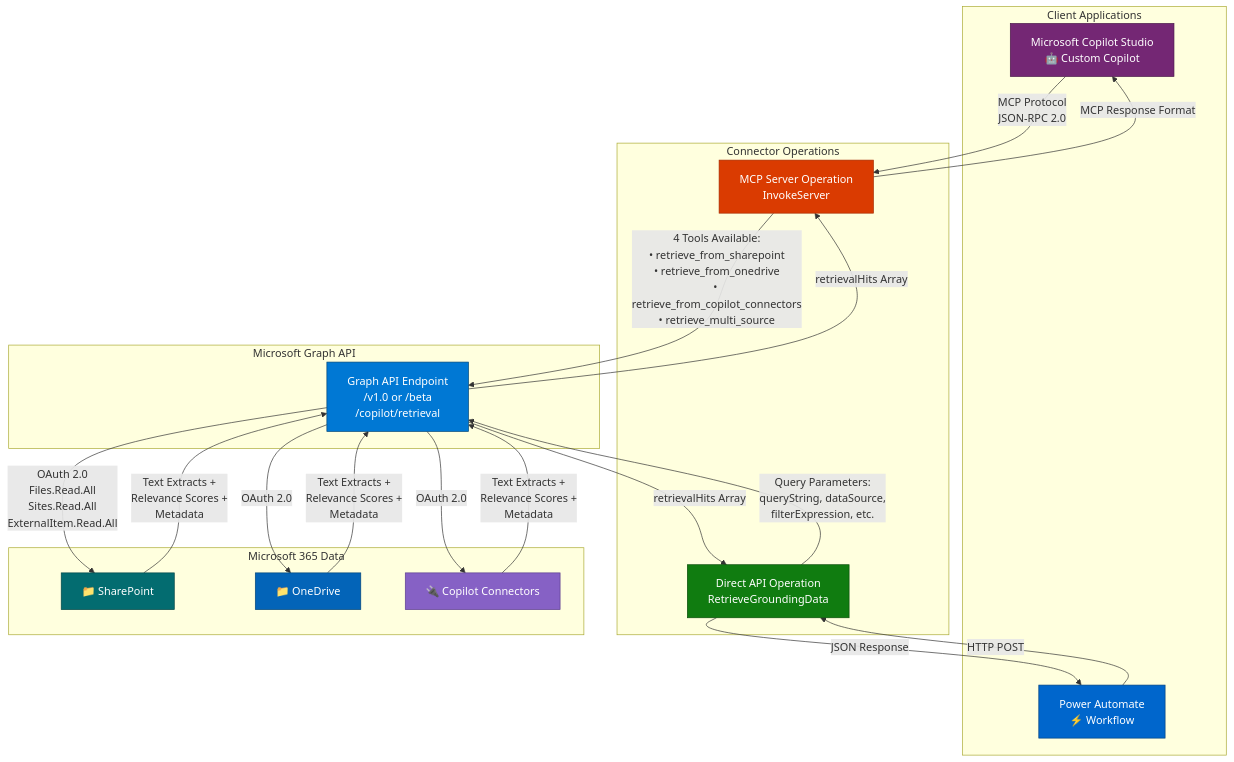
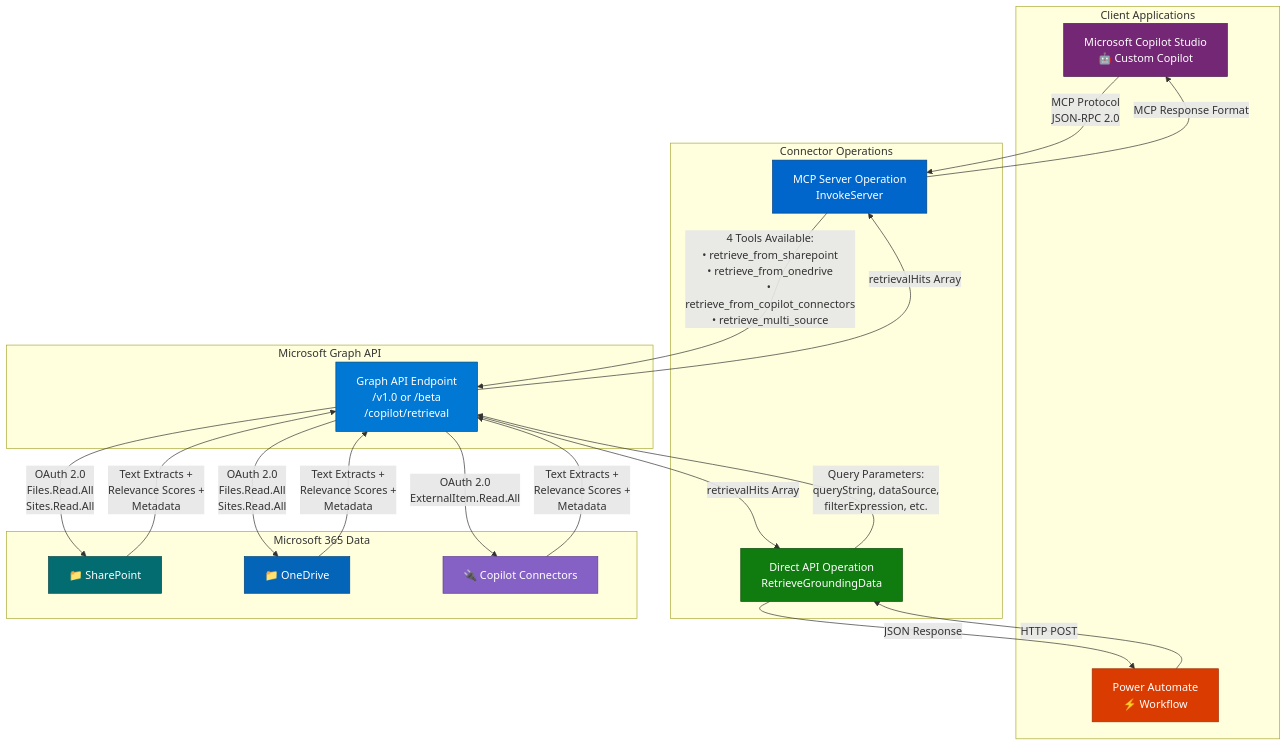
Before and after one commit to troystaylor/Connector-Code: the first of 2 diagrams in Copilot Retrieval/readme.md, drawn with Mermaid.

Commit message:
Update readme with manual changes

````diff
--- a/Copilot Retrieval/readme.md
+++ b/Copilot Retrieval/readme.md
@@ -6,51 +6,51 @@
 ```mermaid
 graph TB
     subgraph "Client Applications"
         CS[Microsoft Copilot Studio<br/>🤖 Custom Copilot]
         PA[Power Automate<br/>⚡ Workflow]
     end
     
     subgraph "Connector Operations"
         MCP[MCP Server Operation<br/>InvokeServer]
         Direct[Direct API Operation<br/>RetrieveGroundingData]
     end
     
     subgraph "Microsoft Graph API"
         Graph[Graph API Endpoint<br/>/v1.0 or /beta<br/>/copilot/retrieval]
     end
     
     subgraph "Microsoft 365 Data"
         SPO[📁 SharePoint]
         ODB[📁 OneDrive]
         CC[🔌 Copilot Connectors]
     end
     
     CS -->|MCP Protocol<br/>JSON-RPC 2.0| MCP
     PA -->|HTTP POST| Direct
     
     MCP -->|4 Tools Available:<br/>• retrieve_from_sharepoint<br/>• retrieve_from_onedrive<br/>• retrieve_from_copilot_connectors<br/>• retrieve_multi_source| Graph
     Direct -->|Query Parameters:<br/>queryString, dataSource,<br/>filterExpression, etc.| Graph
     
-    Graph -->|OAuth 2.0<br/>Files.Read.All<br/>Sites.Read.All<br/>ExternalItem.Read.All| SPO
-    Graph -->|OAuth 2.0| ODB
-    Graph -->|OAuth 2.0| CC
+    Graph -->|OAuth 2.0<br/>Files.Read.All<br/>Sites.Read.All| SPO
+    Graph -->|OAuth 2.0<br/>Files.Read.All<br/>Sites.Read.All| ODB
+    Graph -->|OAuth 2.0<br/>ExternalItem.Read.All| CC
     
     SPO -->|Text Extracts +<br/>Relevance Scores +<br/>Metadata| Graph
     ODB -->|Text Extracts +<br/>Relevance Scores +<br/>Metadata| Graph
     CC -->|Text Extracts +<br/>Relevance Scores +<br/>Metadata| Graph
     
     Graph -->|retrievalHits Array| MCP
     Graph -->|retrievalHits Array| Direct
     
     MCP -->|MCP Response Format| CS
     Direct -->|JSON Response| PA
     
     style CS fill:#742774,stroke:#4a1a4a,color:#fff
-    style PA fill:#0066cc,stroke:#004080,color:#fff
-    style MCP fill:#da3b01,stroke:#a52a00,color:#fff
+    style PA fill:#da3b01,stroke:#a52a00,color:#fff
+    style MCP fill:#0066cc,stroke:#004080,color:#fff
     style Direct fill:#107c10,stroke:#094c09,color:#fff
     style Graph fill:#0078d4,stroke:#004578,color:#fff
     style SPO fill:#036c70,stroke:#024547,color:#fff
     style ODB fill:#0364b8,stroke:#024578,color:#fff
     style CC fill:#8661c5,stroke:#5c3d8f,color:#fff
 ```
````
